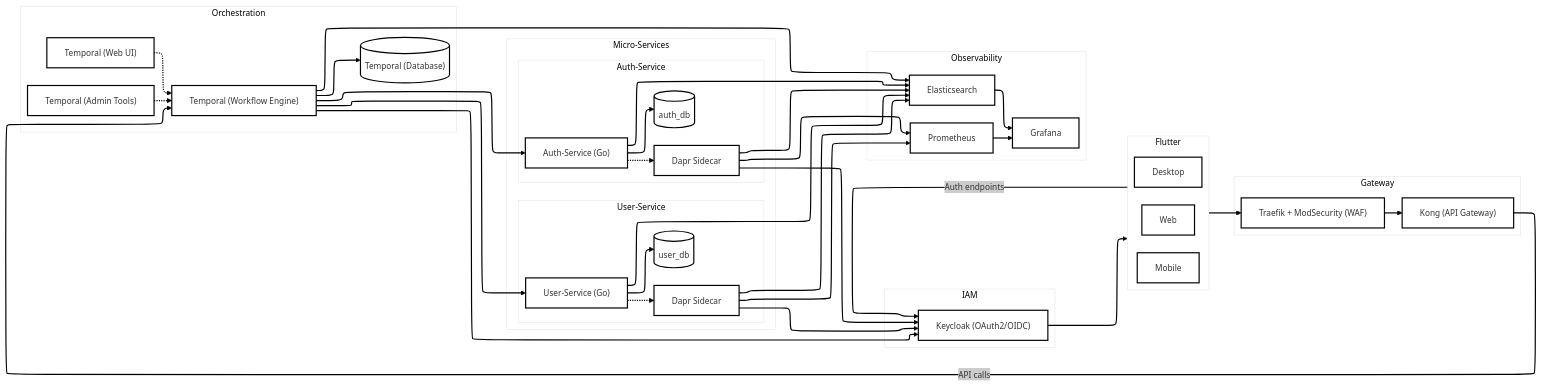
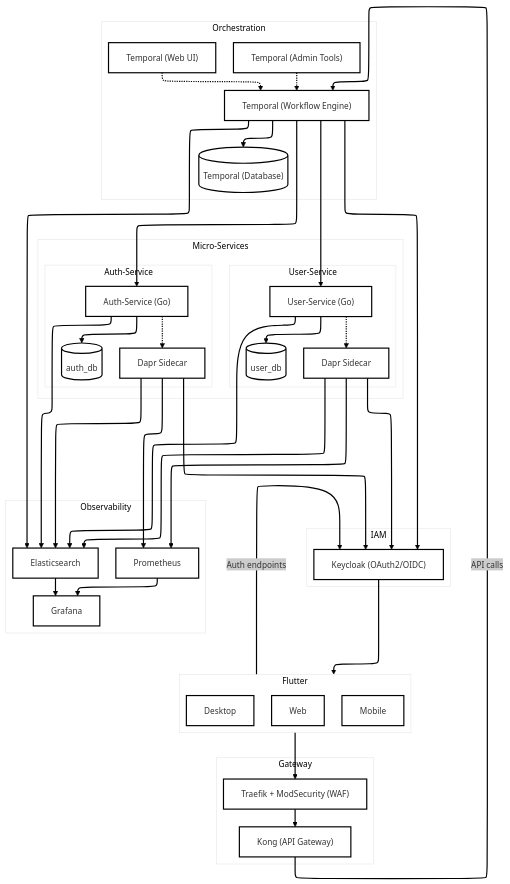
Before and after one commit to b-fontaine/saaster_kit: the diagram in README.md, drawn with Mermaid. The commit also changed 26 other files, not shown here.

````diff
--- a/README.md
+++ b/README.md
@@ -29,59 +29,59 @@
 ```mermaid
 ---
 config:
   theme: neo
   layout: elk
 ---
-flowchart LR
+flowchart TD
    subgraph Flutter["Flutter"]
       A1["Web"]
       A2["Mobile"]
       A3["Desktop"]
    end
    subgraph IAM["IAM"]
       C["Keycloak (OAuth2/OIDC)"]
    end
    subgraph Gateway["Gateway"]
       B["Traefik + ModSecurity (WAF)"]
       K["Kong (API Gateway)"]
    end
    subgraph Orchestration["Orchestration"]
       direction TB
       D["Temporal (Workflow Engine)"]
       D1["Temporal (Admin Tools)"]
       D2["Temporal (Web UI)"]
       D3[("Temporal (Database)")]
    end
    subgraph Micro-Services
       subgraph s1["Auth-Service"]
          Service1["Auth-Service (Go)"]
          DB-Service1[("auth_db")]
          Dapr1["Dapr Sidecar"]
       end
       subgraph s2["User-Service"]
          Service2["User-Service (Go)"]
          DB-Service2[("user_db")]
          Dapr2["Dapr Sidecar"]
       end
    end
    subgraph s3["Observability"]
       G["Grafana"]
       P["Prometheus"]
       L["Elasticsearch"]
    end
    Orchestration & Micro-Services
    D ---> D3
    D1 -.-> D
    D2 -.-> D
    P --> G
    Flutter --> B
    C --> Flutter -->|Auth endpoints| C
    B --> K
    K -->|API calls| D
    D --> C & Service1 & Service2 & L
    Service1 --> DB-Service1 & L
    Service2 --> DB-Service2 & L
    Service1 -.-> Dapr1 --> C & L & P
    Service2 -.-> Dapr2 --> C & L & P
    L --> G
 ```
````
